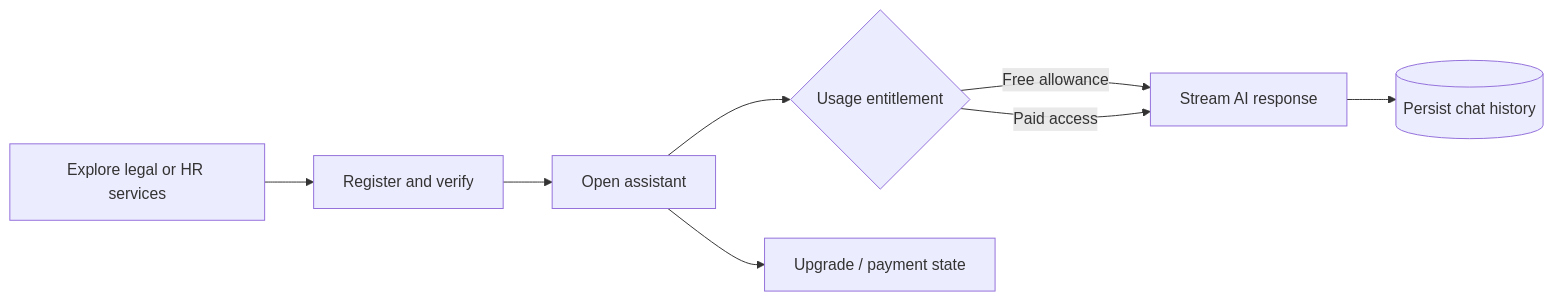
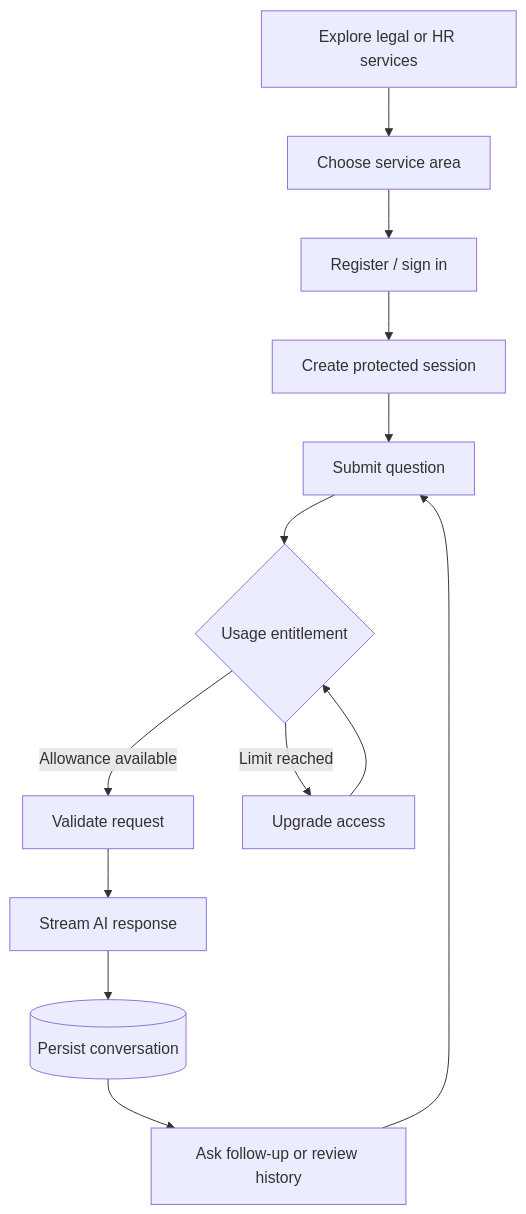
The diagram in README.md (kajolmehra/counsel), drawn with Mermaid before and after one commit. The commit also changed other lines of this file and 1 other file, not shown here.

````diff
--- a/README.md
+++ b/README.md
@@ -39,10 +41,15 @@
 ```mermaid
-flowchart LR
-    Visitor[Explore legal or HR services] --> Register[Register and verify]
-    Register --> Chat[Open assistant]
-    Chat --> Limit{Usage entitlement}
-    Limit -->|Free allowance| Stream[Stream AI response]
-    Limit -->|Paid access| Stream
-    Stream --> History[(Persist chat history)]
-    Chat --> Upgrade[Upgrade / payment state]
+flowchart TB
+    Visitor[Explore legal or HR services] --> Service[Choose service area]
+    Service --> Register[Register / sign in]
+    Register --> Session[Create protected session]
+    Session --> Prompt[Submit question]
+    Prompt --> Entitlement{Usage entitlement}
+    Entitlement -->|Allowance available| Guard[Validate request]
+    Entitlement -->|Limit reached| Upgrade[Upgrade access]
+    Upgrade --> Entitlement
+    Guard --> Stream[Stream AI response]
+    Stream --> History[(Persist conversation)]
+    History --> FollowUp[Ask follow-up or review history]
+    FollowUp --> Prompt
 ```
````
